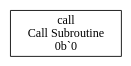
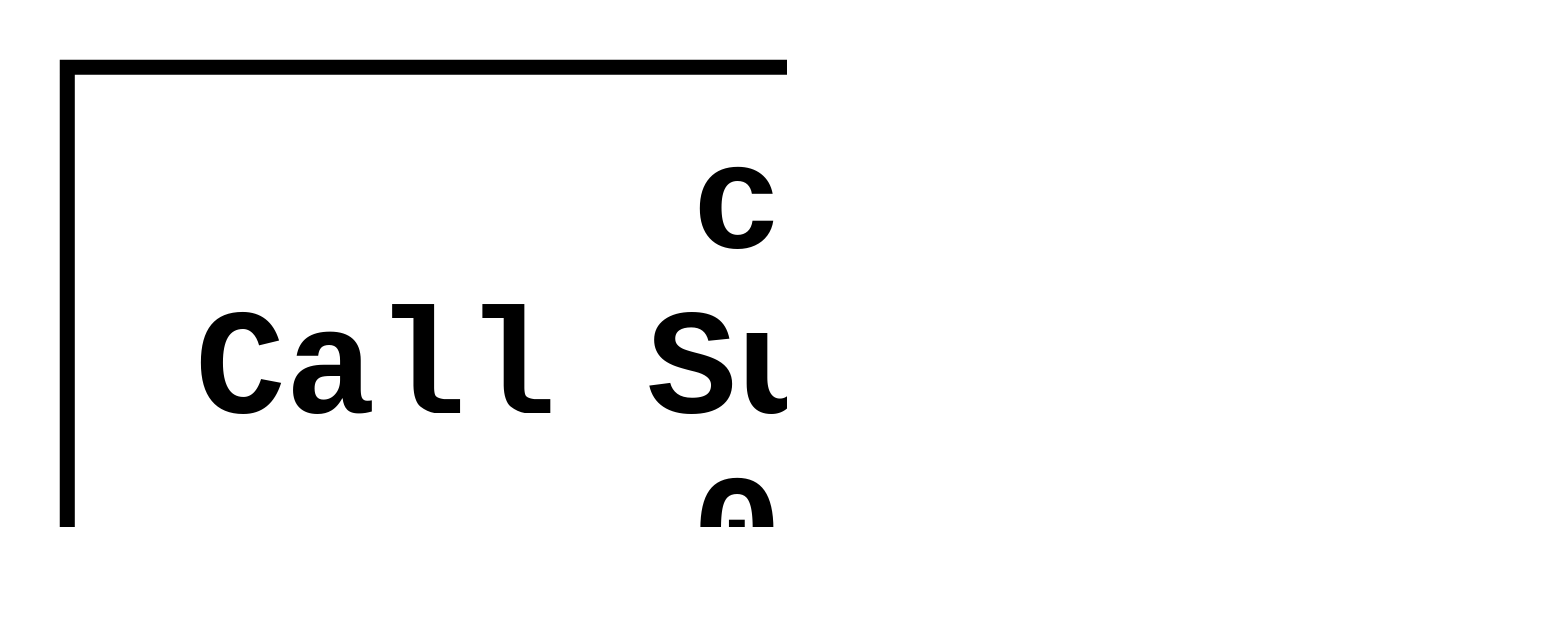
One commit to eignnx/SPRIND changed the diagram in assets/graphs/subr.dot. Above: the diagram before and after it, drawn with Graphviz. The commit also changed 19 other files, not shown here.

```diff
--- a/assets/graphs/subr.dot
+++ b/assets/graphs/subr.dot
@@ -1,5 +1,6 @@
 digraph "Format subr" {
-  "call_16130939" [label = "call
-Call Subroutine
-0b`0", shape = rectangle];
+  graph [dpi = 300, bgcolor="white"];
+  node [fontname = "Courier-Bold", fontsize="10pt"];
+  edge [fontname = "Courier-Bold"];
+  "call_16130939" [label = "call\nCall Subroutine\n0b`0", shape = rectangle];
 }
```
